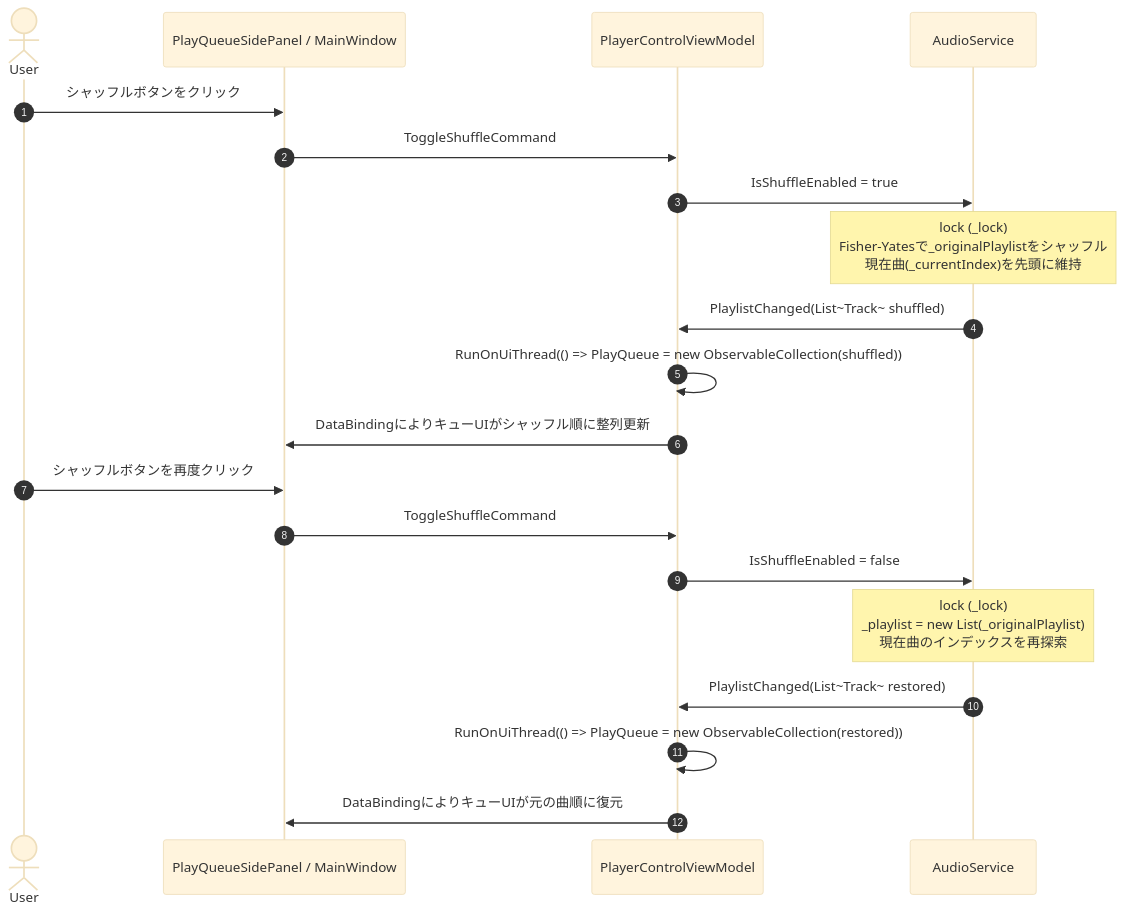
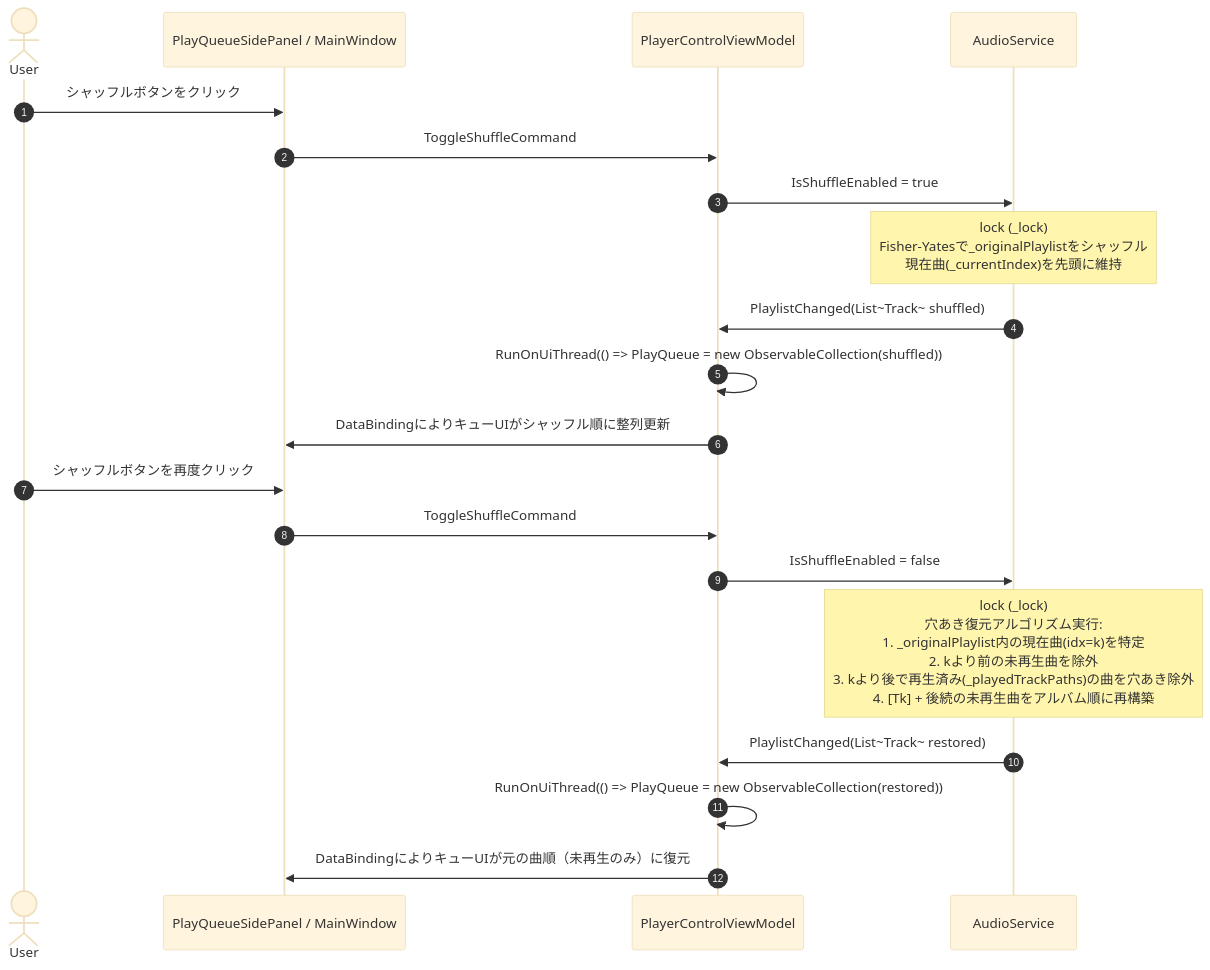
The second of 4 diagrams in 設計/詳細設計/再生キュー.md (taketonnbo/Audio_Effector), drawn with Mermaid (base theme) before and after one commit. The commit also changed other lines of this file and 6 other files, not shown here.

````diff
--- a/設計/詳細設計/再生キュー.md
+++ b/設計/詳細設計/再生キュー.md
@@ -95,24 +96,24 @@
 ```mermaid
 sequenceDiagram
     autonumber
     actor User
     participant View as PlayQueueSidePanel / MainWindow
     participant VM as PlayerControlViewModel
     participant Audio as AudioService
 
     User->>View: シャッフルボタンをクリック
     View->>VM: ToggleShuffleCommand
     VM->>Audio: IsShuffleEnabled = true
     Note over Audio: lock (_lock)<br/>Fisher-Yatesで_originalPlaylistをシャッフル<br/>現在曲(_currentIndex)を先頭に維持
     Audio->>VM: PlaylistChanged(List~Track~ shuffled)
     VM->>VM: RunOnUiThread(() => PlayQueue = new ObservableCollection(shuffled))
     VM->>View: DataBindingによりキューUIがシャッフル順に整列更新
 
     User->>View: シャッフルボタンを再度クリック
     View->>VM: ToggleShuffleCommand
     VM->>Audio: IsShuffleEnabled = false
-    Note over Audio: lock (_lock)<br/>_playlist = new List(_originalPlaylist)<br/>現在曲のインデックスを再探索
+    Note over Audio: lock (_lock)<br/>穴あき復元アルゴリズム実行:<br/>1. _originalPlaylist内の現在曲(idx=k)を特定<br/>2. kより前の未再生曲を除外<br/>3. kより後で再生済み(_playedTrackPaths)の曲を穴あき除外<br/>4. [Tk] + 後続の未再生曲をアルバム順に再構築
     Audio->>VM: PlaylistChanged(List~Track~ restored)
     VM->>VM: RunOnUiThread(() => PlayQueue = new ObservableCollection(restored))
-    VM->>View: DataBindingによりキューUIが元の曲順に復元
+    VM->>View: DataBindingによりキューUIが元の曲順（未再生のみ）に復元
 ```
````
